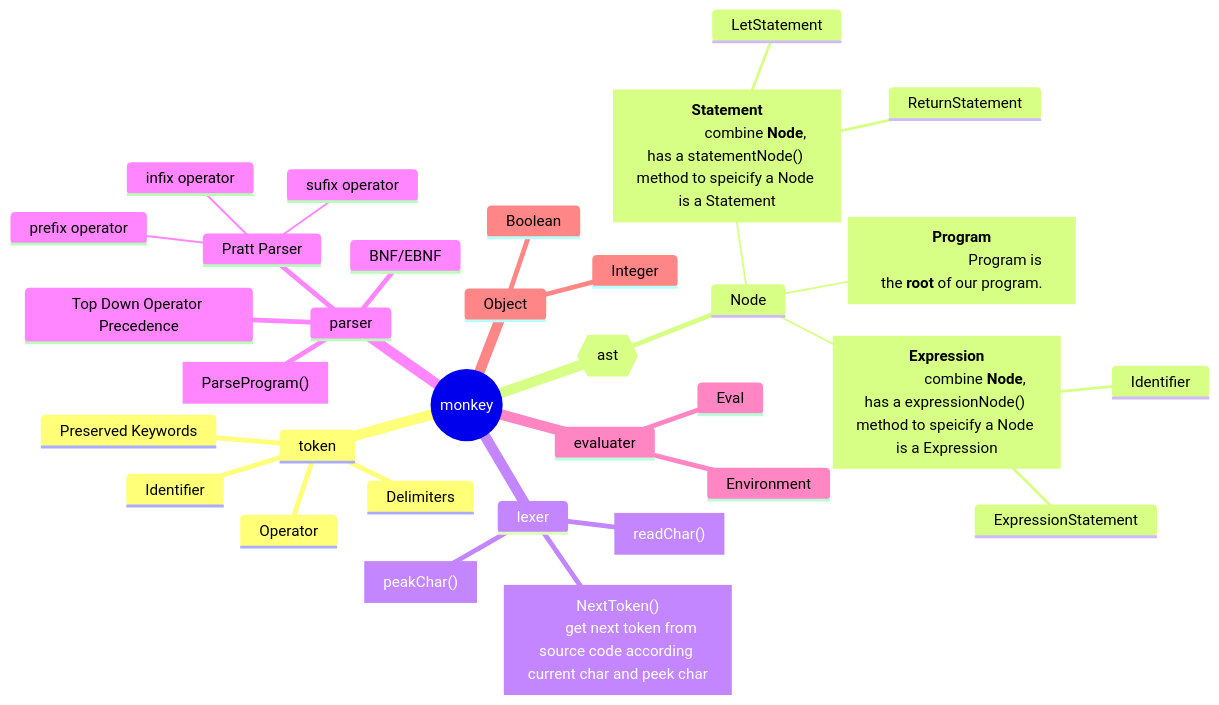
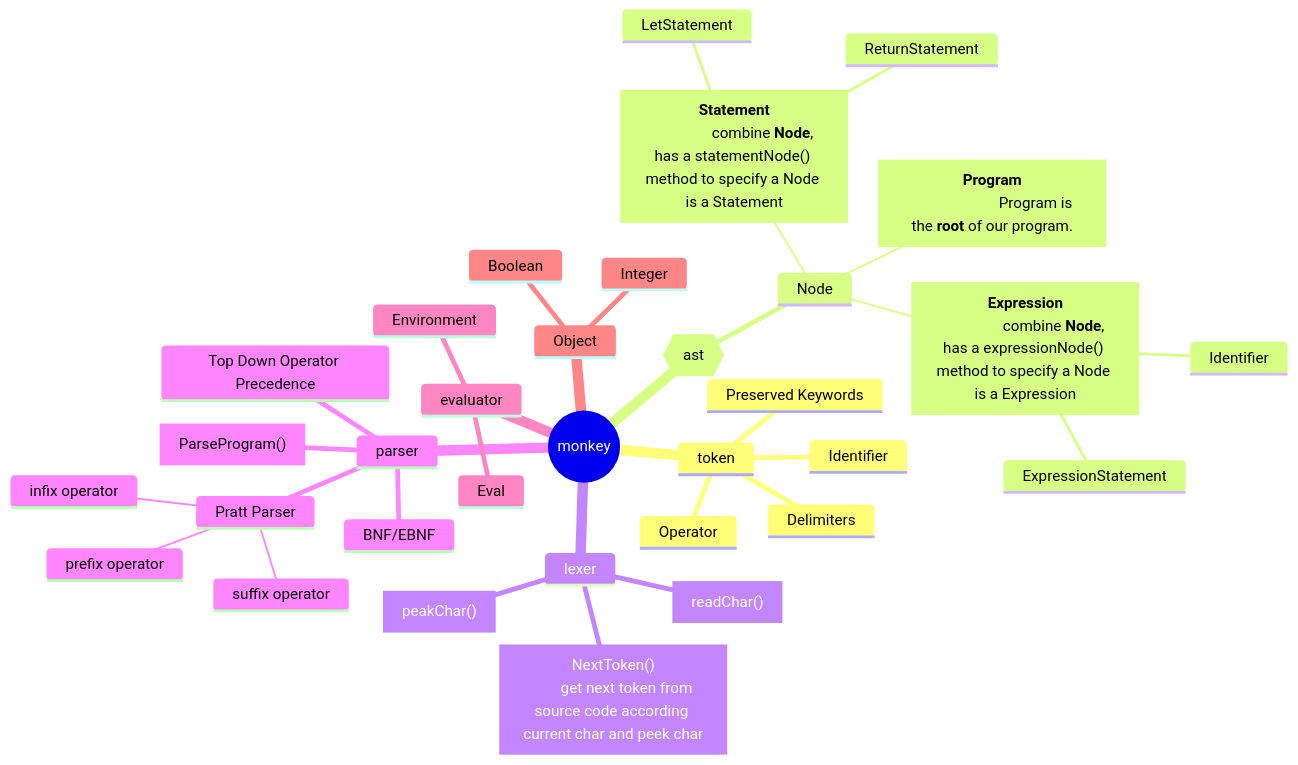
The fourth of 6 diagrams in README.md (0x822a5b87/monkey), drawn with Mermaid before and after one commit. The commit also changed other lines of this file, not shown here.

Commit message:
[main][update]fix typo.

````diff
--- a/README.md
+++ b/README.md
@@ -205,40 +205,40 @@
 ```mermaid
 mindmap
   root((monkey))
     token
     	Identifier
     	Operator
     	Delimiters
     	Preserved Keywords
     ast{{ast}}
     	Node
     		Program["**Program**
     			Program is the **root** of our program."]
     		Statement["**Statement**
-    		combine **Node**, has a statementNode() method to speicify a Node is a Statement"]
+    		combine **Node**, has a statementNode() method to specify a Node is a Statement"]
     			LetStatement
     			ReturnStatement
     		Expression["**Expression**
-    		combine **Node**, has a expressionNode() method to speicify a Node is a Expression"]
+    		combine **Node**, has a expressionNode() method to specify a Node is a Expression"]
     			Identifier
     			ExpressionStatement
     lexer
     	NextToken["NextToken()
     	get next token from source code according current char and peek char"]
     	readChar["readChar()"]
     	peakChar["peakChar()"]
     parser
     	Top Down Operator Precedence
     	ParseProgram["ParseProgram()"]
     	BNF/EBNF
     	Pratt Parser
     		prefix operator
     		infix operator
-    		sufix operator
-    evaluater
+    		suffix operator
+    evaluator
     	Eval
     	Environment
     Object
     	Integer
     	Boolean
 ```
````
